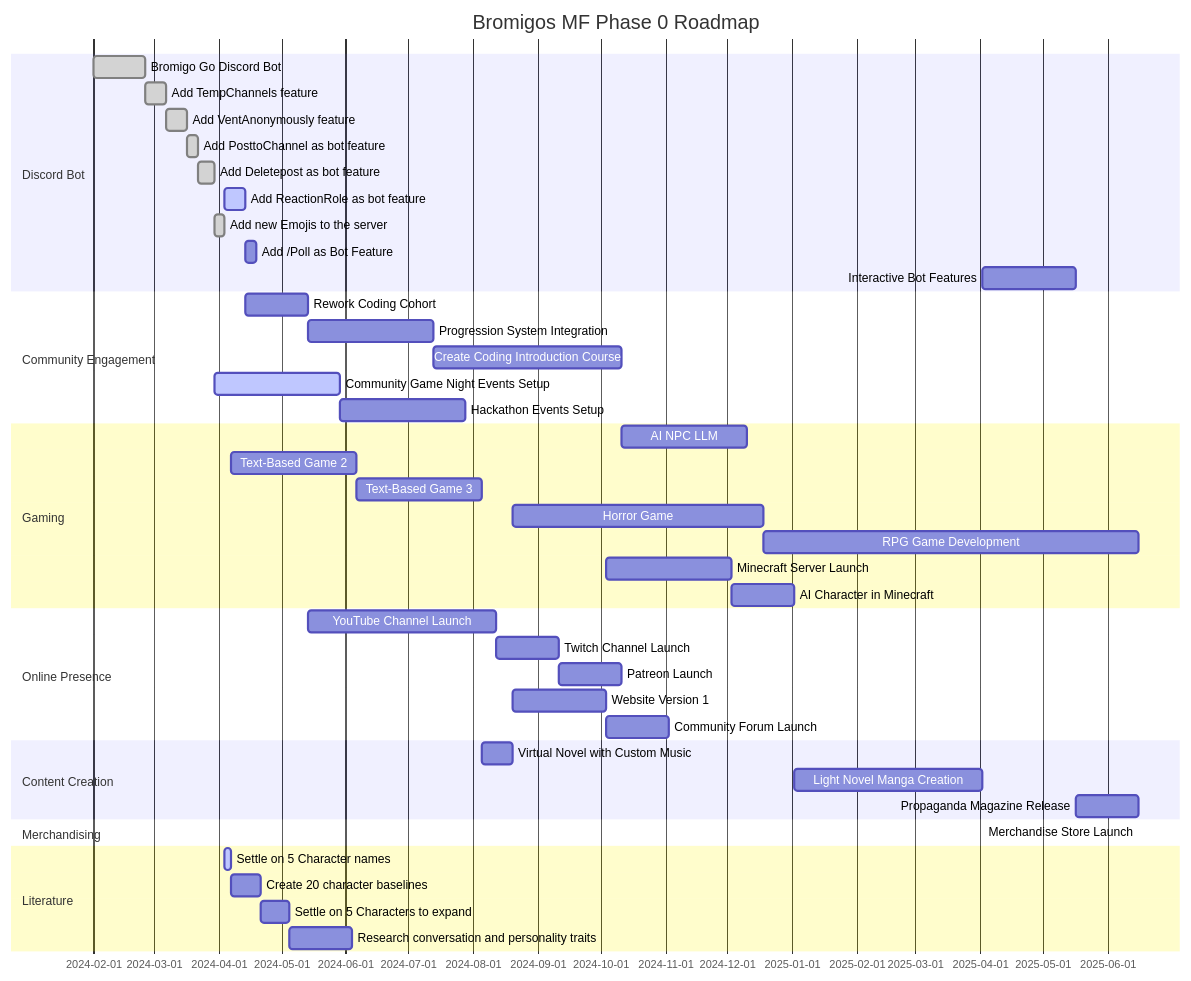
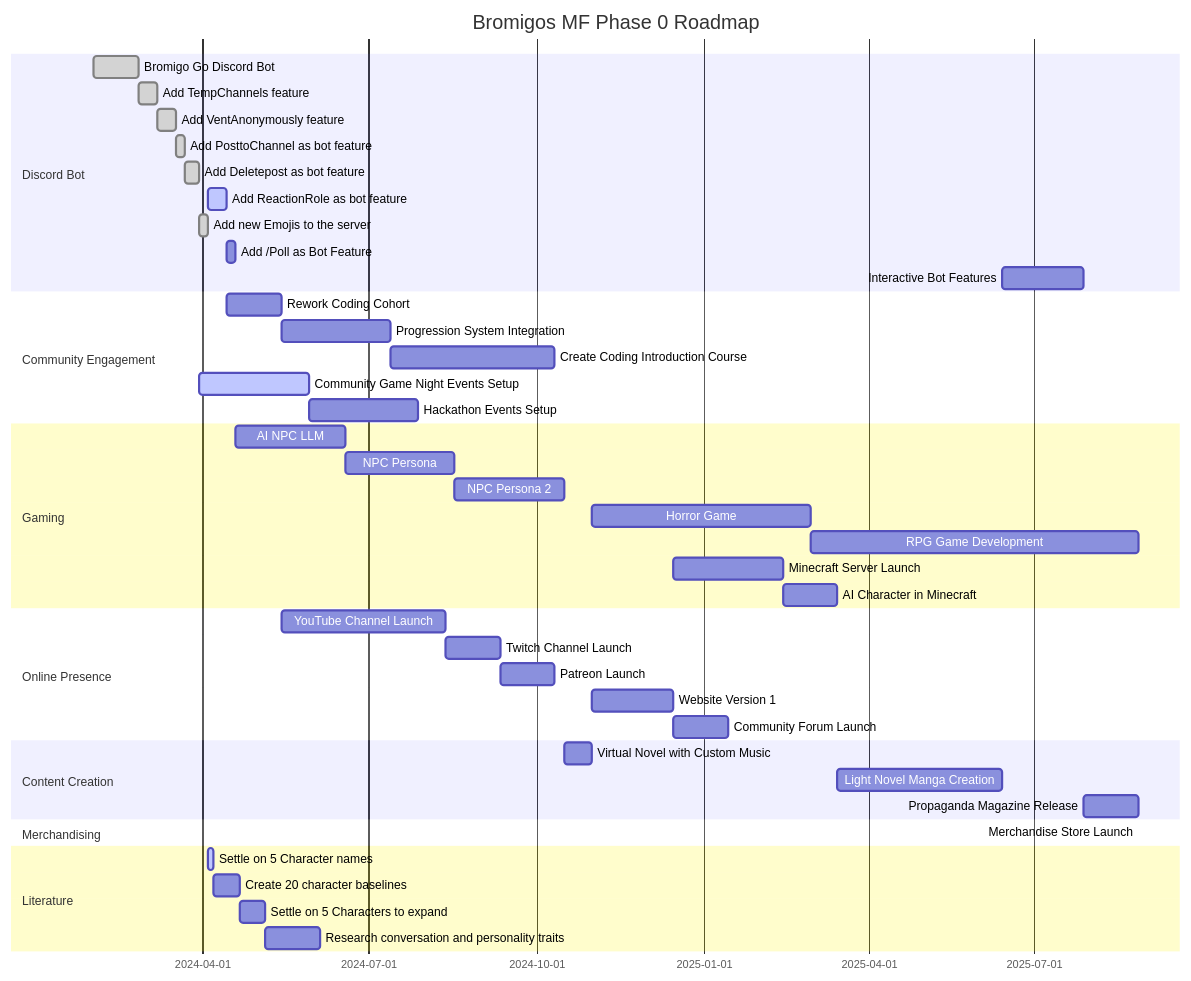
One commit to bromigos-org/.github changed the diagram in profile/README.md. Above: the diagram before and after it, drawn with Mermaid.

Commit message:
Updated: roadmap

````diff
--- a/profile/README.md
+++ b/profile/README.md
@@ -5,55 +5,55 @@
 ```mermaid
 gantt
     dateFormat  YYYY-MM-DD
     title Bromigos MF Phase 0 Roadmap
 
     section Discord Bot
     Bromigo Go Discord Bot        :done, bot1, 2024-02-01, 25d
     Add TempChannels feature     :done, vap1, after bot1, 10d
     Add VentAnonymously feature        :done, tcp1, after vap1, 10d
     Add PosttoChannel as bot feature       :done, ptc1, after tcp1, 5d
     Add Deletepost as bot feature        :done, dp1, after ptc1, 8d
     Add ReactionRole as bot feature      :active,        rr1, after ne1, 10d
     Add new Emojis to the server      :done,        ne1, after dp1, 5d
     Add /Poll as Bot Feature       :        poll1, after rr1, 5d
     Interactive Bot Features        :        ibf1, after manga1, 45d
 
     section Community Engagement
     Rework Coding Cohort          :        rcc1, after rr1, 30d
     Progression System Integration:        psi1, after rcc1, 60d
     Create Coding Introduction Course:      cic1, after psi1, 90d
     Community Game Night Events Setup          :active,        cgn1, after dp1, 60d
     Hackathon Events Setup               :        hack1, after cgn1, 60d
 
     section Gaming
-    AI NPC LLM                 :        tb1, after pat1, 60d
-    Text-Based Game 2               :        tb2, after ss1, 60d
-    Text-Based Game 3               :        tb3, after tb2, 60d
+    AI NPC LLM                 :        anp1, after poll1, 60d
+    NPC Persona               :        np1, after anp1, 60d
+    NPC Persona 2             :        np2, after np1, 60d
     Horror Game                     :        hg1, after vn1, 120d
     RPG Game Development            :        rpg1, after hg1, 180d
     Minecraft Server Launch         :        mc1, after web1, 60d
     AI Character in Minecraft       :        ai1, after mc1, 30d
 
     section Online Presence
     YouTube Channel Launch          :        yt1, after rcc1, 90d
     Twitch Channel Launch           :        twitch1, after yt1, 30d
     Patreon Launch                  :        pat1, after twitch1, 30d
     Website Version 1               :        web1, after vn1, 45d
     Community Forum Launch          :        cf1, after web1, 30d
 
     section Content Creation
     Virtual Novel with Custom Music :        vn1, after tb3, 15d
     Light Novel Manga Creation      :        manga1, after ai1, 90d
     Propaganda Magazine Release     :        pm1, after ibf1, 30d
 
     section Merchandising
     Merchandise Store Launch        :        merch1, after pm1, 60ds
 
     section Literature
     Settle on 5 Character names       :active,        scn1, after ne1, 3d
     Create 20 character baselines     :        cb1, after scn1, 14d
     Settle on 5 Characters to expand     :        scd1, after cb1, 14d
     Research conversation and personality traits:        rcpt1, after scd1, 30d
 
 
 ```
````
